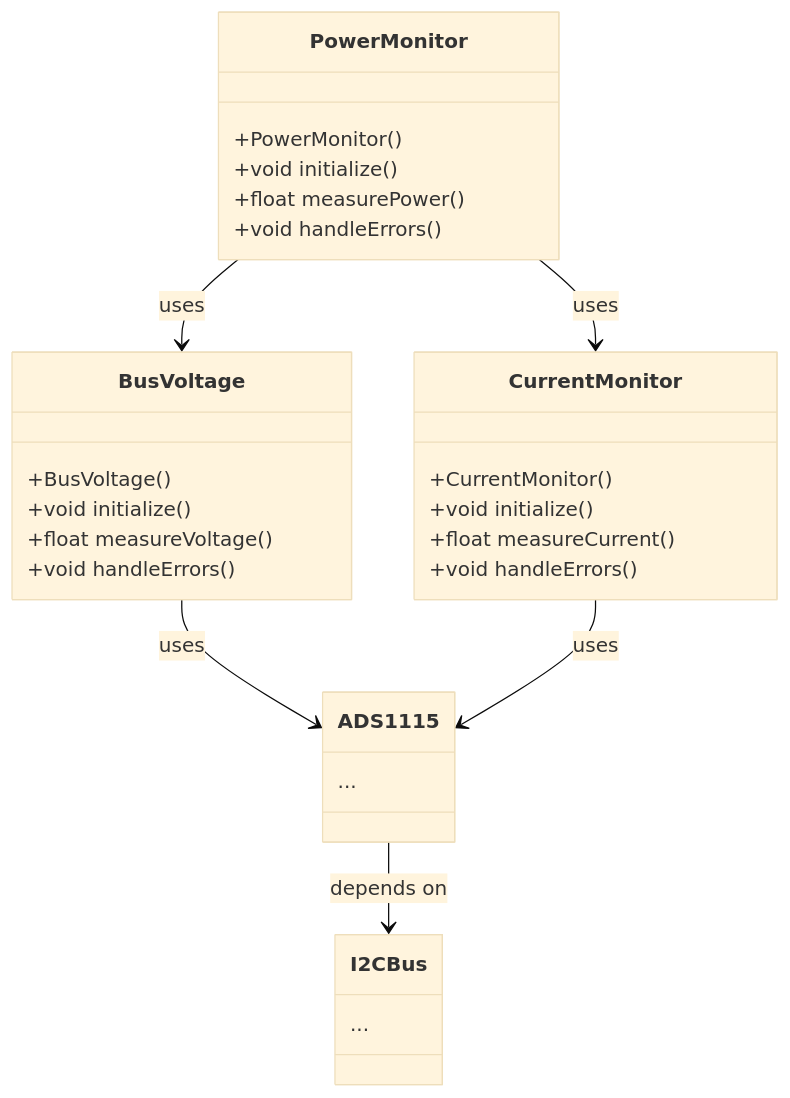
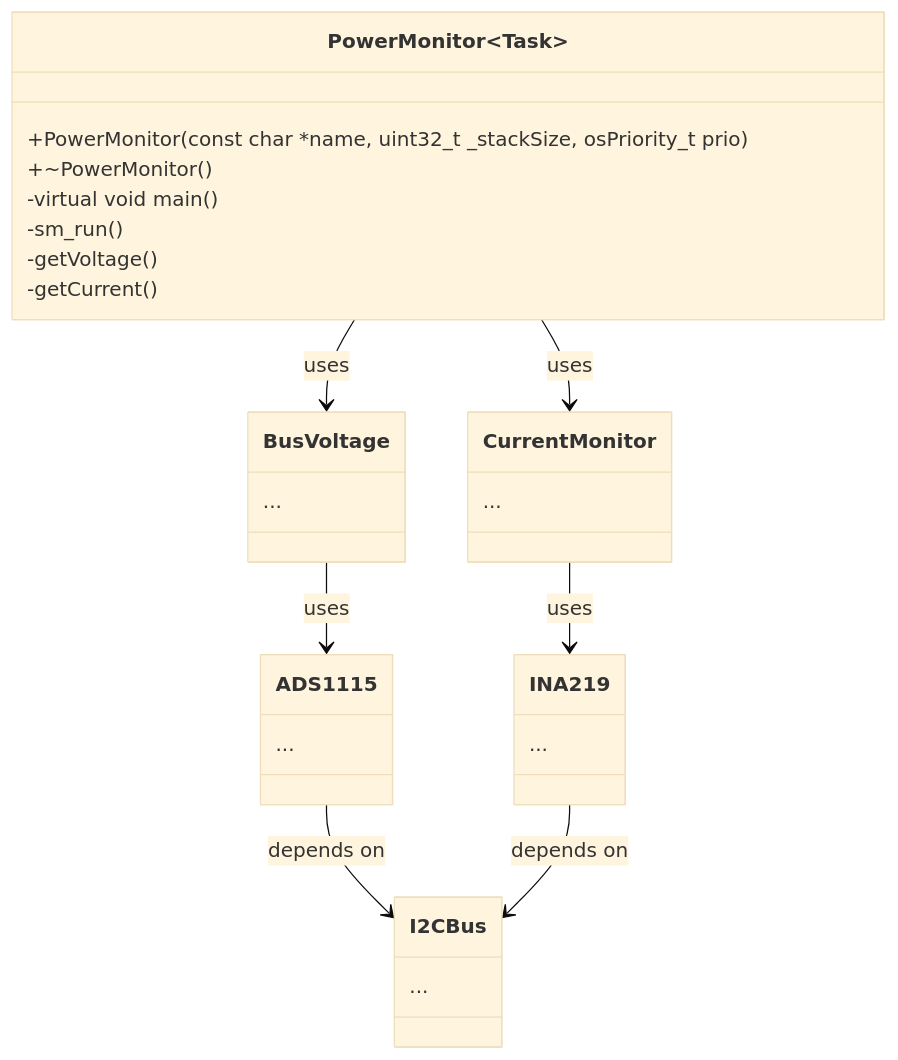
Before and after one commit to hquiroz-1988/esp: the second of 6 diagrams in solar_panel/Documents/AppNotes/PowerMonitor.md, drawn with Mermaid (base theme). The commit also changed other lines of this file, not shown here.

Commit message:
- power monitor module design updated

````diff
--- a/solar_panel/Documents/AppNotes/PowerMonitor.md
+++ b/solar_panel/Documents/AppNotes/PowerMonitor.md
@@ -62,33 +62,34 @@
 ```mermaid
 classDiagram
-    class PowerMonitor {
-        +PowerMonitor()
-        +void initialize()
-        +float measurePower()
-        +void handleErrors()
+    class PowerMonitor~Task~{
+        +PowerMonitor(const char *name, uint32_t _stackSize, osPriority_t prio)
+        +~PowerMonitor()
+        -virtual void main()
+        -sm_run()
+        -getVoltage()
+        -getCurrent()
     }
     class BusVoltage {
-        +BusVoltage()
-        +void initialize()
-        +float measureVoltage()
-        +void handleErrors()
+        ...
     }
+
     class CurrentMonitor {
-        +CurrentMonitor()
-        +void initialize()
-        +float measureCurrent()
-        +void handleErrors()
+        ...
     }
     class ADS1115 {
+        ...
+    }
+    class INA219 {
         ...
     }
     class I2CBus {
         ...
     }
 
     PowerMonitor --> BusVoltage : uses
     PowerMonitor --> CurrentMonitor : uses
     BusVoltage --> ADS1115 : uses
-    CurrentMonitor --> ADS1115 : uses
+    CurrentMonitor --> INA219 : uses
     ADS1115 --> I2CBus : depends on
+    INA219 --> I2CBus : depends on
 ```
````
